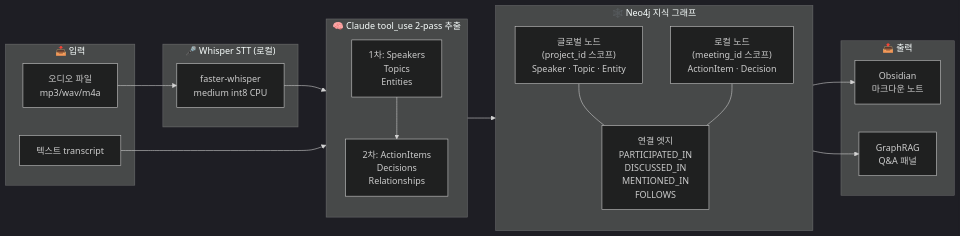
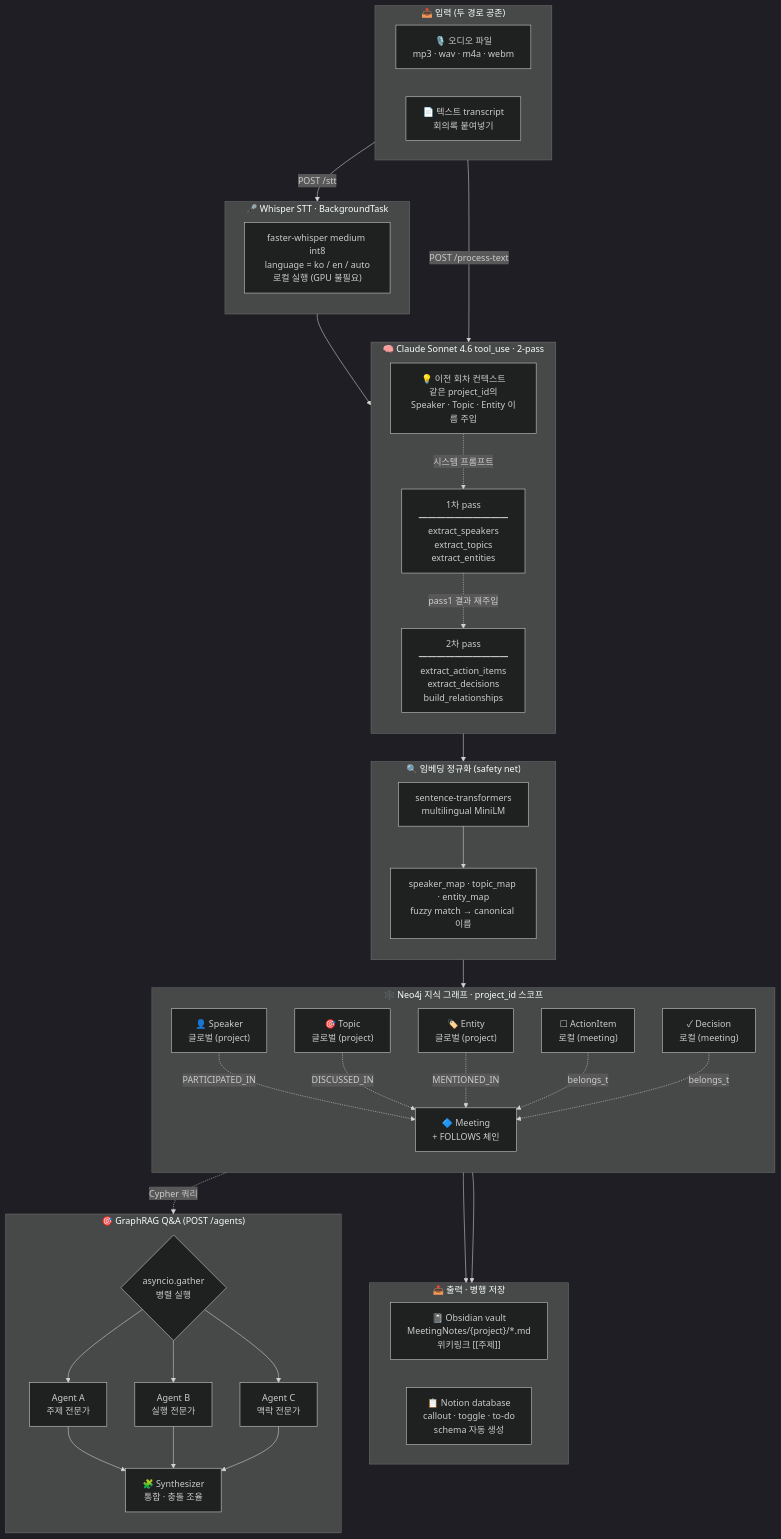
Before and after one commit to tkddnjs-dlqslek/meeting-summarizer-graphrag: the first of 3 diagrams in README.md, drawn with Mermaid (dark theme). The commit also changed other lines of this file and 1 other file, not shown here.

````diff
--- a/README.md
+++ b/README.md
@@ -30,37 +32,71 @@
 ```mermaid
-flowchart LR
-    subgraph Input["📥 입력"]
-        AUDIO[오디오 파일<br/>mp3/wav/m4a]
-        TEXT[텍스트 transcript]
+flowchart TB
+    subgraph IN["📥 입력 (두 경로 공존)"]
+        direction LR
+        AUDIO["🎙️ 오디오 파일<br/>mp3 · wav · m4a · webm"]
+        TEXT["📄 텍스트 transcript<br/>회의록 붙여넣기"]
     end
 
-    subgraph STT["🎤 Whisper STT (로컬)"]
-        WHISPER[faster-whisper<br/>medium int8 CPU]
+    subgraph STT_LAYER["🎤 Whisper STT · BackgroundTask"]
+        direction TB
+        WHISPER["faster-whisper medium int8<br/>language = ko / en / auto<br/>로컬 실행 (GPU 불필요)"]
     end
 
-    subgraph Extract["🧠 Claude tool_use 2-pass 추출"]
-        P1[1차: Speakers<br/>Topics<br/>Entities]
-        P2[2차: ActionItems<br/>Decisions<br/>Relationships]
-        P1 --> P2
+    subgraph EXTRACT["🧠 Claude Sonnet 4.6 tool_use · 2-pass"]
+        direction TB
+        CTX["💡 이전 회차 컨텍스트<br/>같은 project_id의<br/>Speaker · Topic · Entity 이름 주입"]
+        P1["1차 pass<br/>━━━━━━━━━━<br/>extract_speakers<br/>extract_topics<br/>extract_entities"]
+        P2["2차 pass<br/>━━━━━━━━━━<br/>extract_action_items<br/>extract_decisions<br/>build_relationships"]
+        CTX -.시스템 프롬프트.-> P1
+        P1 -.pass1 결과 재주입.-> P2
     end
 
-    subgraph Graph["🕸️ Neo4j 지식 그래프"]
+    subgraph NORM["🔍 임베딩 정규화 (safety net)"]
         direction TB
-        GLOB["글로벌 노드<br/>(project_id 스코프)<br/>Speaker · Topic · Entity"]
-        LOC["로컬 노드<br/>(meeting_id 스코프)<br/>ActionItem · Decision"]
-        LINK["연결 엣지<br/>PARTICIPATED_IN<br/>DISCUSSED_IN<br/>MENTIONED_IN<br/>FOLLOWS"]
-        GLOB --- LINK
-        LOC --- LINK
+        EMB["sentence-transformers<br/>multilingual MiniLM"]
+        MAP["speaker_map · topic_map · entity_map<br/>fuzzy match → canonical 이름"]
+        EMB --> MAP
     end
 
-    subgraph Output["📤 출력"]
-        NOTE[Obsidian<br/>마크다운 노트]
-        QA[GraphRAG<br/>Q&A 패널]
+    subgraph GRAPH["🕸️ Neo4j 지식 그래프 · project_id 스코프"]
+        direction TB
+        M["🔷 Meeting<br/>+ FOLLOWS 체인"]
+        S["👤 Speaker<br/>글로벌 (project)"]
+        T["🎯 Topic<br/>글로벌 (project)"]
+        E["🏷️ Entity<br/>글로벌 (project)"]
+        A["☐ ActionItem<br/>로컬 (meeting)"]
+        D["✓ Decision<br/>로컬 (meeting)"]
+        S -.PARTICIPATED_IN.-> M
+        T -.DISCUSSED_IN.-> M
+        E -.MENTIONED_IN.-> M
+        A -.belongs_to.-> M
+        D -.belongs_to.-> M
     end
 
-    AUDIO --> WHISPER --> Extract
-    TEXT --> Extract
-    Extract --> Graph
-    Graph --> NOTE
-    Graph --> QA
+    subgraph OUT["📤 출력 · 병행 저장"]
+        direction LR
+        OBS["📓 Obsidian vault<br/>MeetingNotes/{project}/*.md<br/>위키링크 [[주제]]"]
+        NOTION["📋 Notion database<br/>callout · toggle · to-do<br/>schema 자동 생성"]
+    end
+
+    subgraph QA["🎯 GraphRAG Q&A (POST /agents)"]
+        direction TB
+        GATHER{"asyncio.gather<br/>병렬 실행"}
+        AG_A["Agent A<br/>주제 전문가"]
+        AG_B["Agent B<br/>실행 전문가"]
+        AG_C["Agent C<br/>맥락 전문가"]
+        SYN["🧩 Synthesizer<br/>통합 · 충돌 조율"]
+        GATHER --> AG_A --> SYN
+        GATHER --> AG_B --> SYN
+        GATHER --> AG_C --> SYN
+    end
+
+    AUDIO -->|POST /stt| STT_LAYER
+    STT_LAYER --> EXTRACT
+    TEXT -->|POST /process-text| EXTRACT
+    EXTRACT --> NORM
+    NORM --> GRAPH
+    GRAPH --> OBS
+    GRAPH --> NOTION
+    GRAPH -.Cypher 쿼리.-> QA
 ```
````
